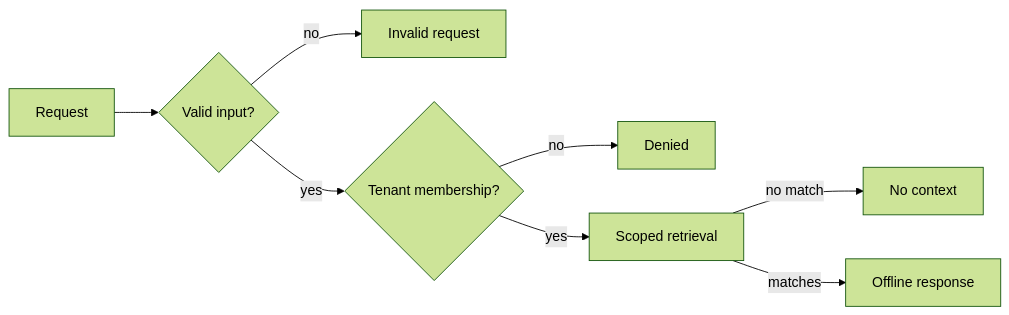
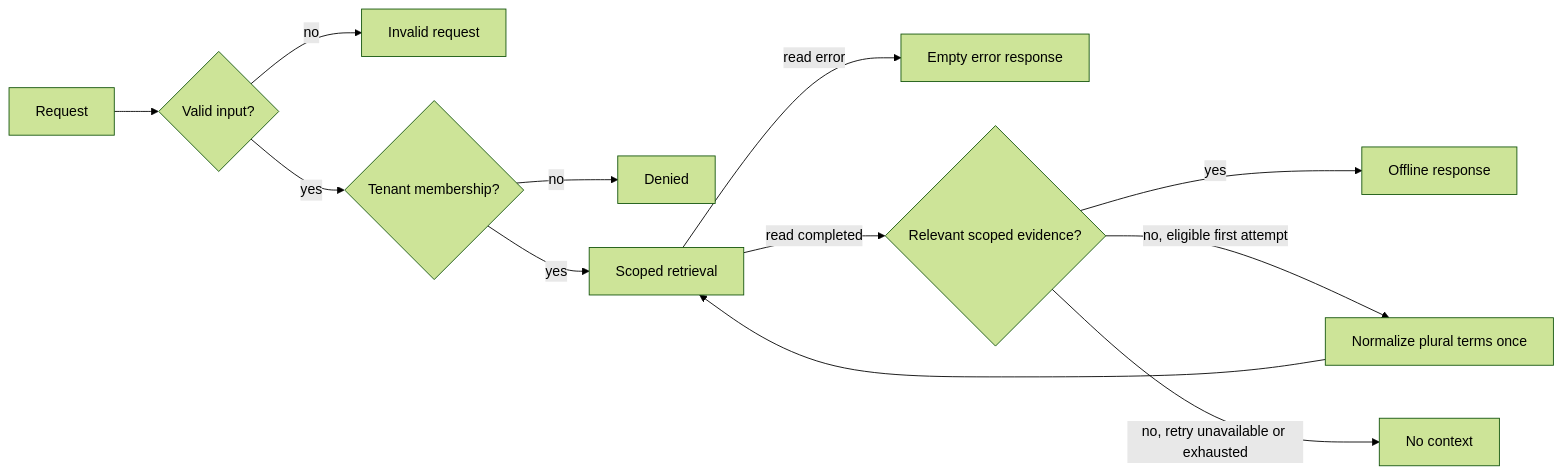
Before and after one commit to rodrigolima-dev/guarded-langgraph-demo: the diagram in README.md, drawn with Mermaid (forest theme). The commit also changed other lines of this file and 2 other files, not shown here.

Commit message:
docs: explain lexical evaluation and retry limits

````diff
--- a/README.md
+++ b/README.md
@@ -5,10 +5,14 @@
 ```mermaid
 flowchart LR
   Request --> Validate{Valid input?}
   Validate -->|no| Invalid[Invalid request]
   Validate -->|yes| Authorize{Tenant membership?}
   Authorize -->|no| Denied[Denied]
   Authorize -->|yes| Retrieve[Scoped retrieval]
-  Retrieve -->|no match| Empty[No context]
-  Retrieve -->|matches| Respond[Offline response]
+  Retrieve -->|read error| Error[Empty error response]
+  Retrieve -->|read completed| Evaluate{Relevant scoped evidence?}
+  Evaluate -->|yes| Respond[Offline response]
+  Evaluate -->|no, eligible first attempt| Retry[Normalize plural terms once]
+  Retry --> Retrieve
+  Evaluate -->|no, retry unavailable or exhausted| Empty[No context]
 ```
````
